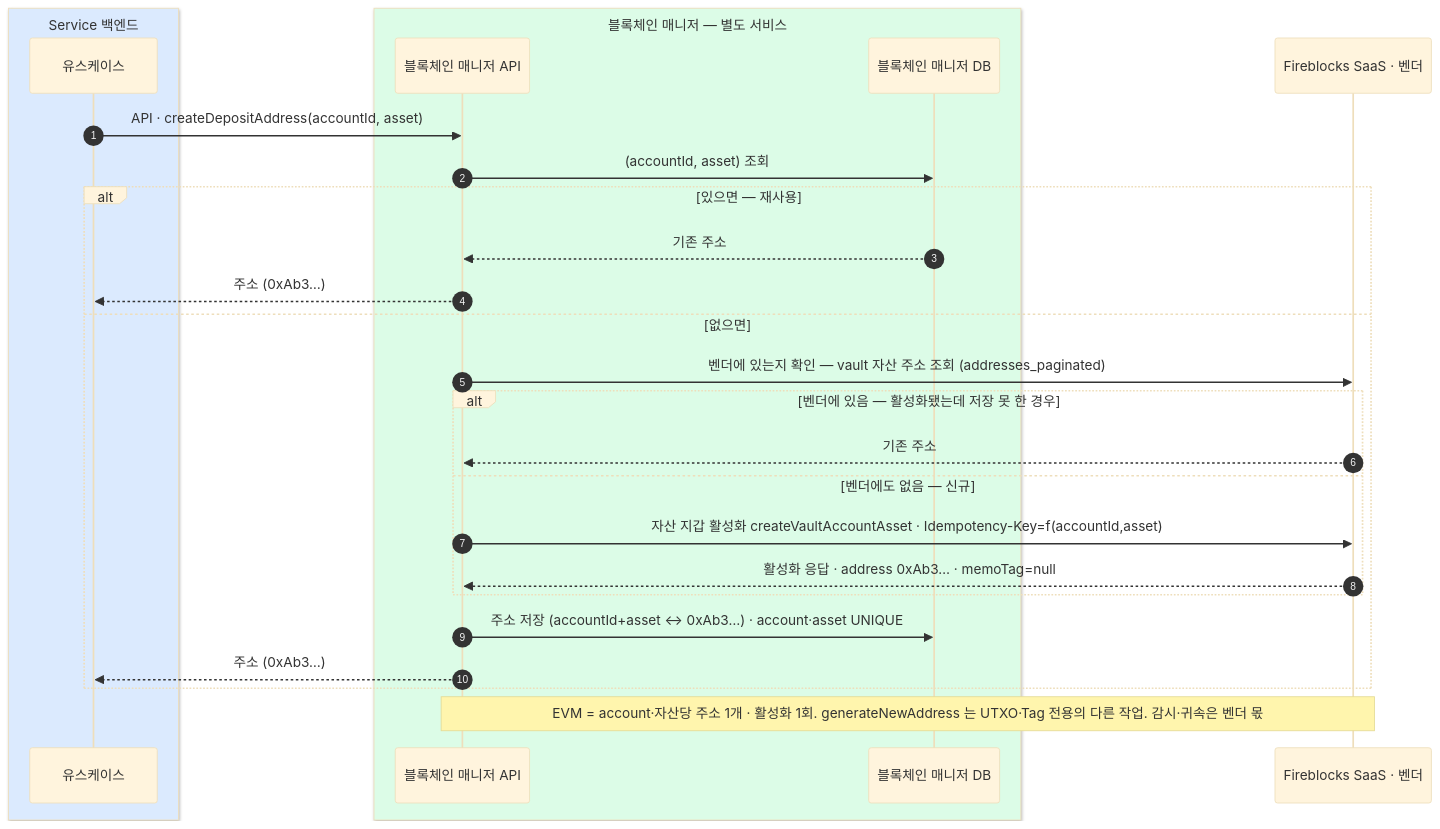
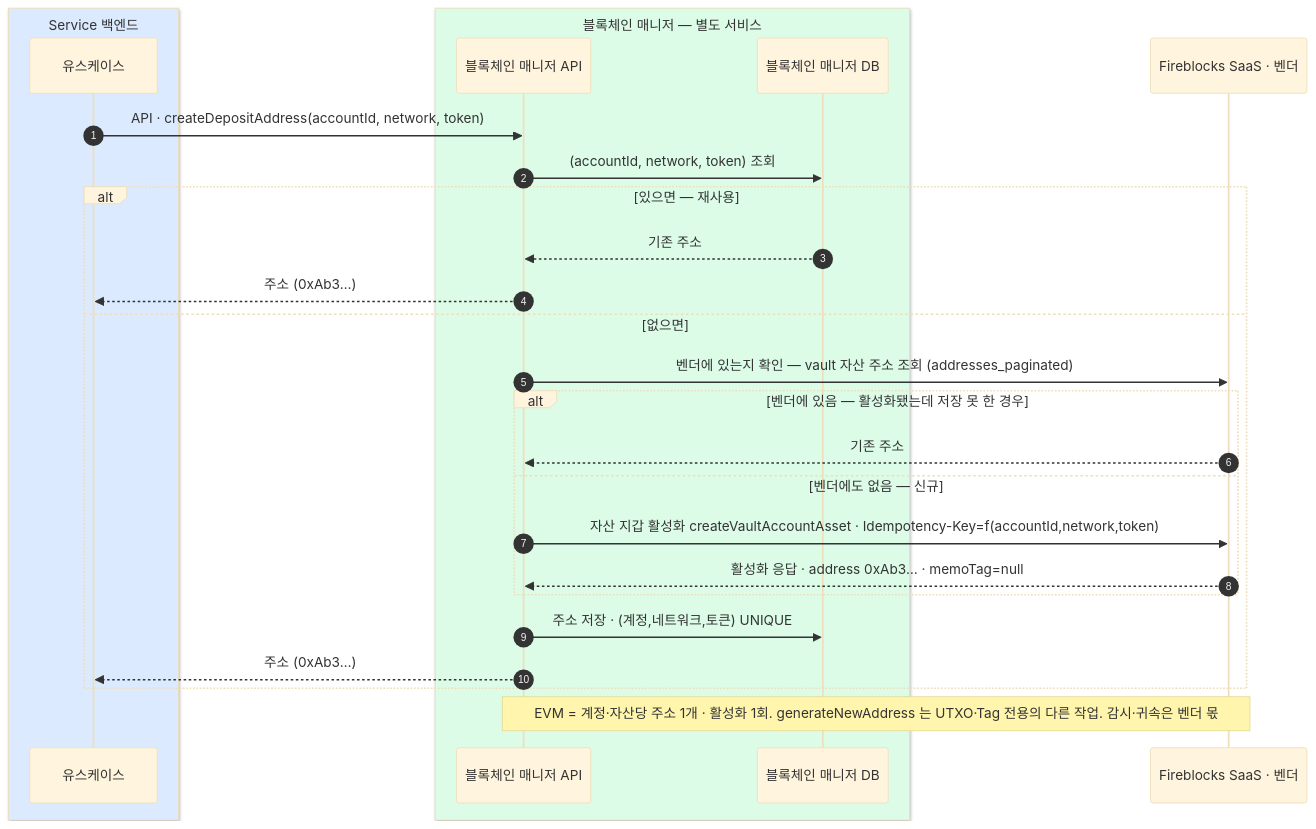
Before and after one commit to eunsujeo/eunpus: the diagram in blockchain-manager/docs/블록체인매니저/설계/02-issue-deposit-address.md, drawn with Mermaid (base theme). The commit also changed other lines of this file and 10 other files, not shown here.

````diff
--- a/blockchain-manager/docs/블록체인매니저/설계/02-issue-deposit-address.md
+++ b/blockchain-manager/docs/블록체인매니저/설계/02-issue-deposit-address.md
@@ -17,30 +17,30 @@
 ```mermaid
 sequenceDiagram
     autonumber
     box rgb(219,234,254) Service 백엔드
     participant BE as 유스케이스
     end
     box rgb(220,252,231) 블록체인 매니저 — 별도 서비스
     participant BM as 블록체인 매니저 API
     participant MDB as 블록체인 매니저 DB
     end
     participant FB as Fireblocks SaaS · 벤더
 
-    BE->>BM: API · createDepositAddress(accountId, asset)
-    BM->>MDB: (accountId, asset) 조회
+    BE->>BM: API · createDepositAddress(accountId, network, token)
+    BM->>MDB: (accountId, network, token) 조회
     alt 있으면 — 재사용
         MDB-->>BM: 기존 주소
         BM-->>BE: 주소 (0xAb3…)
     else 없으면
         BM->>FB: 벤더에 있는지 확인 — vault 자산 주소 조회 (addresses_paginated)
         alt 벤더에 있음 — 활성화됐는데 저장 못 한 경우
             FB-->>BM: 기존 주소
         else 벤더에도 없음 — 신규
-            BM->>FB: 자산 지갑 활성화 createVaultAccountAsset · Idempotency-Key=f(accountId,asset)
+            BM->>FB: 자산 지갑 활성화 createVaultAccountAsset · Idempotency-Key=f(accountId,network,token)
             FB-->>BM: 활성화 응답 · address 0xAb3… · memoTag=null
         end
-        BM->>MDB: 주소 저장 (accountId+asset ↔ 0xAb3…) · account·asset UNIQUE
+        BM->>MDB: 주소 저장 · (계정,네트워크,토큰) UNIQUE
         BM-->>BE: 주소 (0xAb3…)
     end
-    Note over BM,FB: EVM = account·자산당 주소 1개 · 활성화 1회. generateNewAddress 는 UTXO·Tag 전용의 다른 작업. 감시·귀속은 벤더 몫
+    Note over BM,FB: EVM = 계정·자산당 주소 1개 · 활성화 1회. generateNewAddress 는 UTXO·Tag 전용의 다른 작업. 감시·귀속은 벤더 몫
 ```
````
